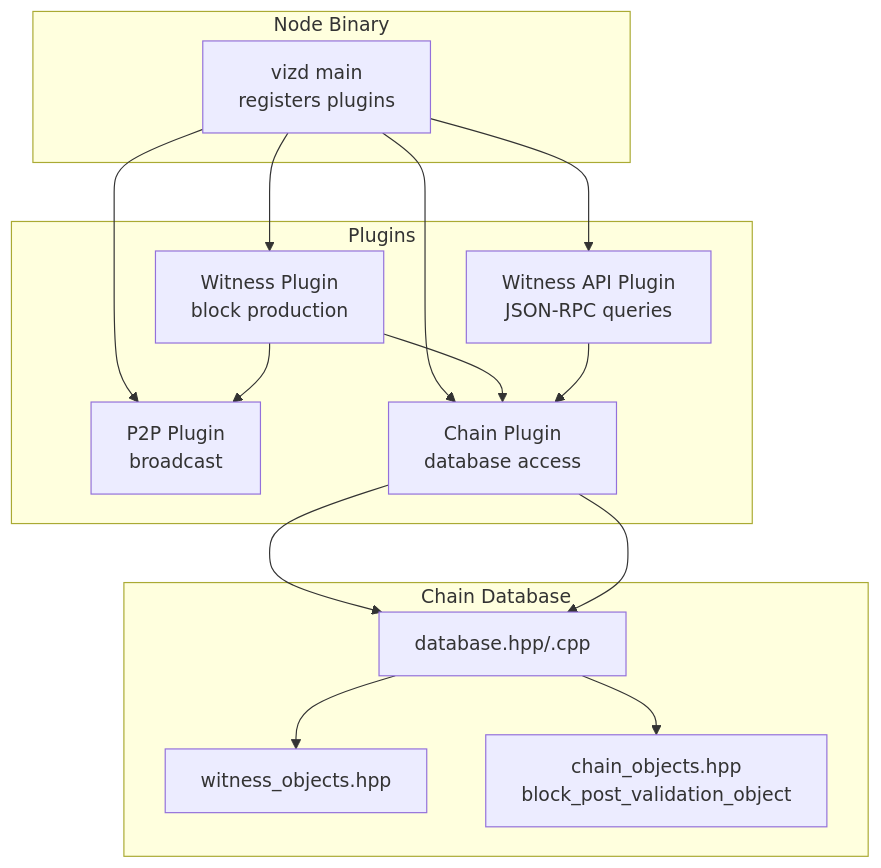
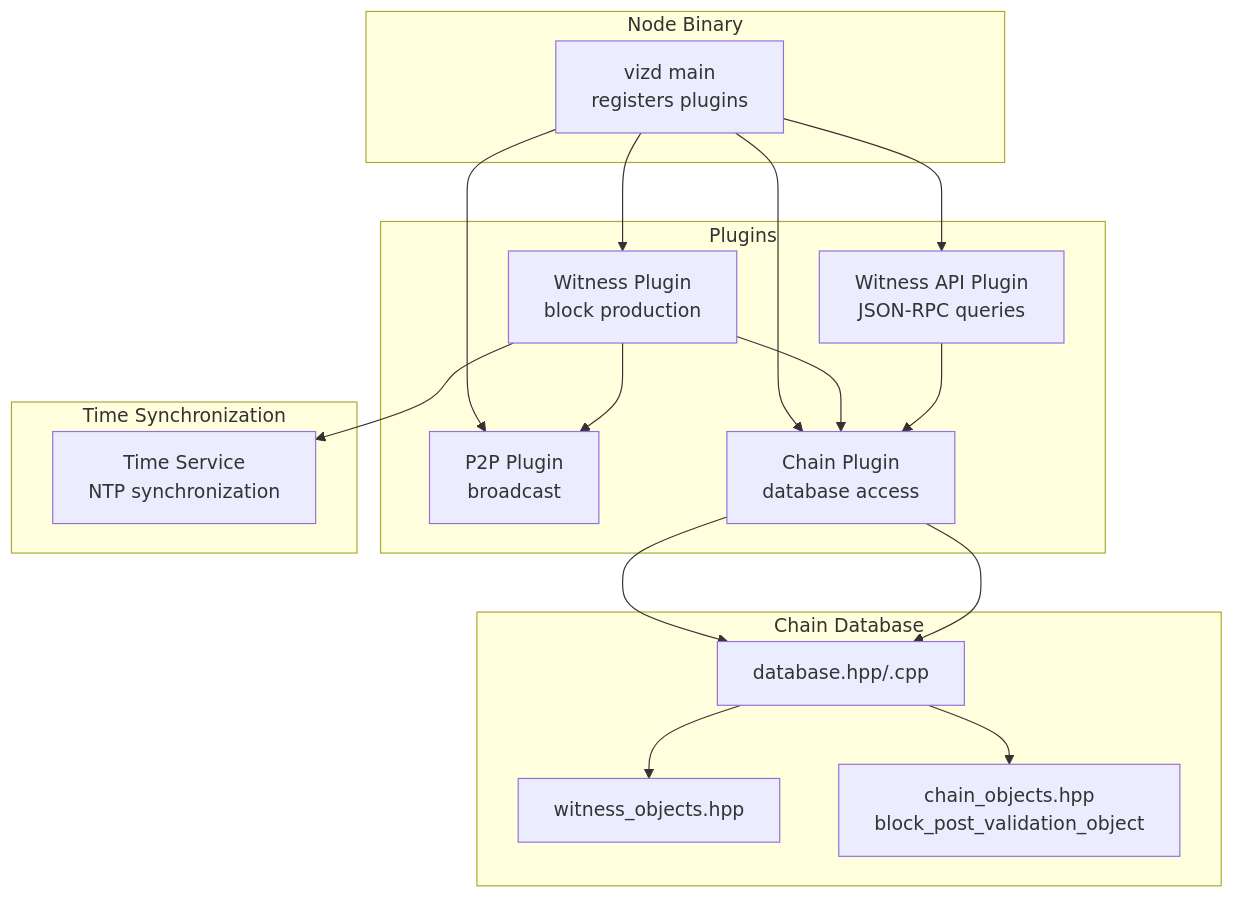
One commit to VIZ-Blockchain/viz-cpp-node changed the first of 6 diagrams in .qoder/repowiki/en/content/Witness.md. Above: the diagram before and after it, drawn with Mermaid. The commit also changed other lines of this file and 5 other files, not shown here.

````diff
--- a/.qoder/repowiki/en/content/Witness.md
+++ b/.qoder/repowiki/en/content/Witness.md
@@ -36,28 +48,32 @@
 ```mermaid
 graph TB
 subgraph "Node Binary"
 VIZD["vizd main<br/>registers plugins"]
 end
 subgraph "Plugins"
 WITNESS["Witness Plugin<br/>block production"]
 WAPI["Witness API Plugin<br/>JSON-RPC queries"]
 P2P["P2P Plugin<br/>broadcast"]
 CHAIN["Chain Plugin<br/>database access"]
 end
 subgraph "Chain Database"
 DB["database.hpp/.cpp"]
 WITNESS_OBJ["witness_objects.hpp"]
 BPV_OBJ["chain_objects.hpp<br/>block_post_validation_object"]
 end
+subgraph "Time Synchronization"
+TIME["Time Service<br/>NTP synchronization"]
+end
 VIZD --> WITNESS
 VIZD --> WAPI
 VIZD --> P2P
 VIZD --> CHAIN
 WITNESS --> P2P
 WITNESS --> CHAIN
+WITNESS --> TIME
 CHAIN --> DB
 DB --> WITNESS_OBJ
 DB --> BPV_OBJ
 WAPI --> CHAIN
 CHAIN --> DB
 ```
````
